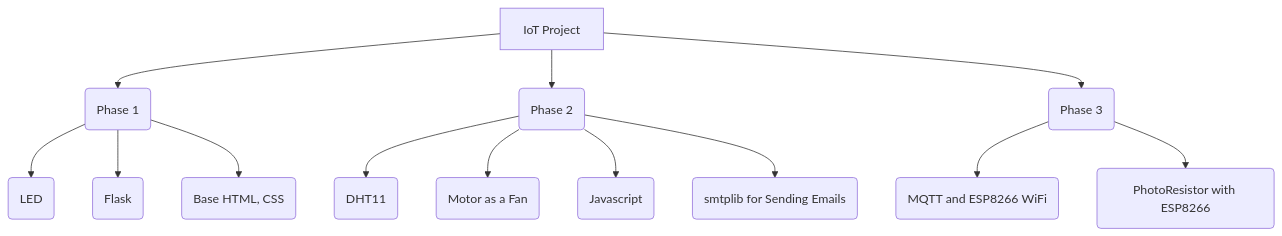
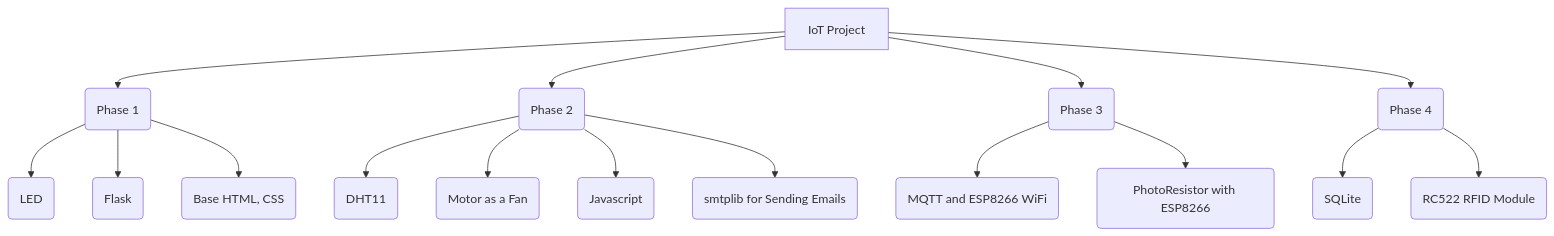
The diagram in README.md (2191818/IoTProject), drawn with Mermaid before and after one commit. The commit also changed other lines of this file and 90 other files, not shown here.

````diff
--- a/README.md
+++ b/README.md
@@ -14,15 +15,18 @@
 ```mermaid
 graph TD
     A[IoT Project] --> B(Phase 1)
     A --> C(Phase 2)
     A --> D(Phase 3)
-    B --> E(LED)
-    B --> F(Flask)
-    B --> G(Base HTML, CSS)
-    C --> H(DHT11)
-    C --> I(Motor as a Fan)
-    C --> J(Javascript)
-    C --> K(smtplib for Sending Emails)
-    D --> L(MQTT and ESP8266 WiFi)
-    D --> M(PhotoResistor with ESP8266)
+    A --> E(Phase 4)
+    B --> F(LED)
+    B --> G(Flask)
+    B --> H(Base HTML, CSS)
+    C --> I(DHT11)
+    C --> J(Motor as a Fan)
+    C --> K(Javascript)
+    C --> L(smtplib for Sending Emails)
+    D --> M(MQTT and ESP8266 WiFi)
+    D --> N(PhotoResistor with ESP8266)
+    E --> P(SQLite)
+    E --> S(RC522 RFID Module)
 ```
````
